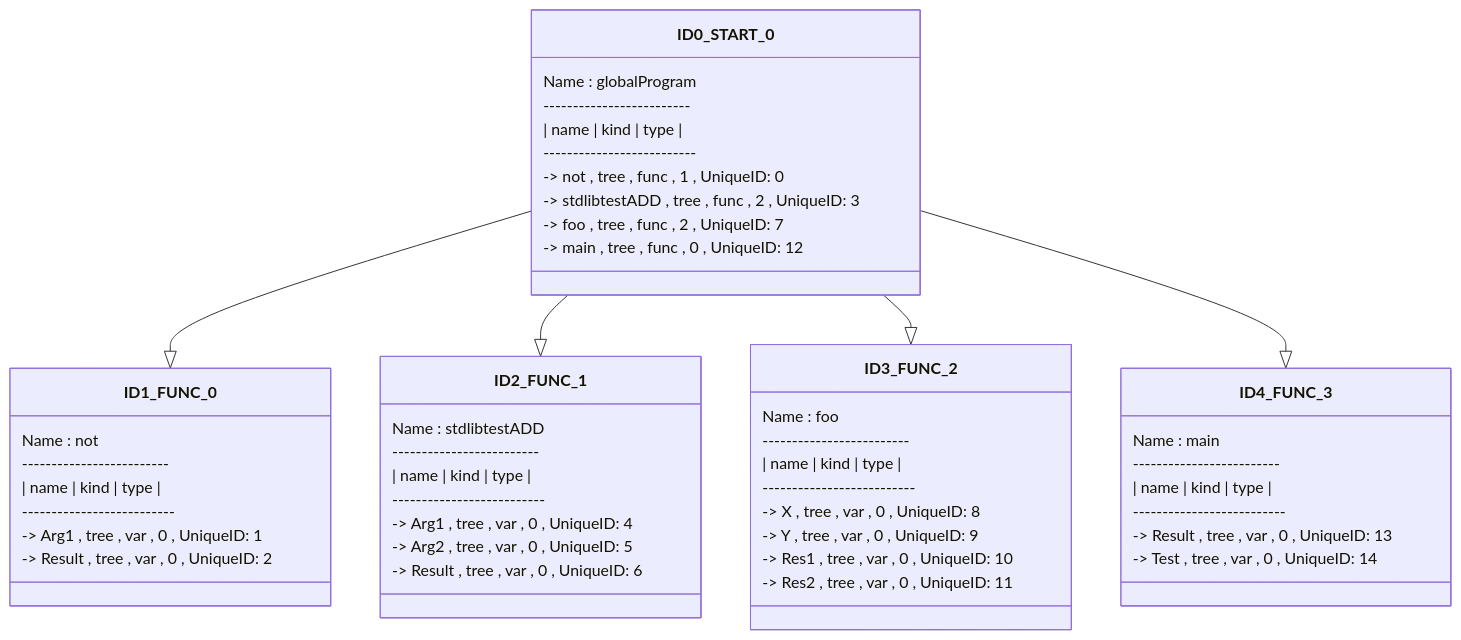
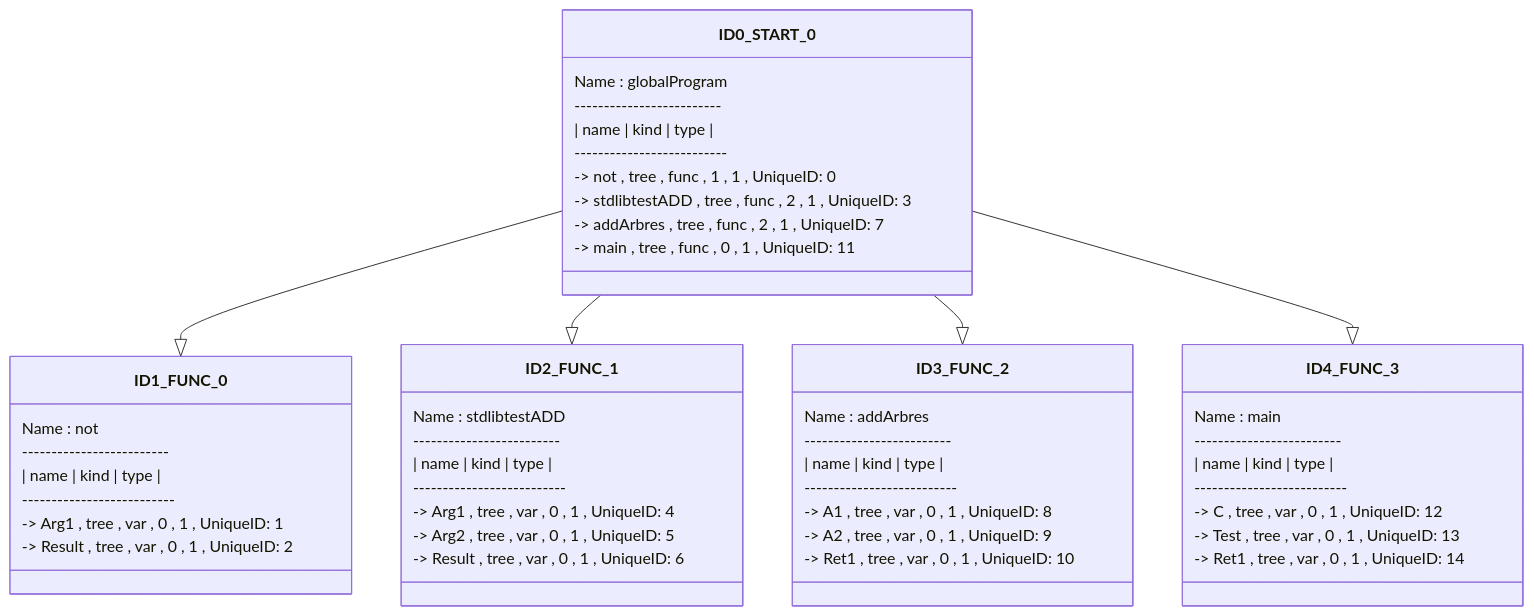
The diagram in src/main/java/TLC/CompilerWhile/GeneratedDiagrams/SymbolTable.md (lumi-git/TLC_Project_While), drawn with Mermaid before and after one commit. The commit also changed 41 other files, not shown here.

````diff
--- a/src/main/java/TLC/CompilerWhile/GeneratedDiagrams/SymbolTable.md
+++ b/src/main/java/TLC/CompilerWhile/GeneratedDiagrams/SymbolTable.md
@@ -1,76 +1,76 @@
 ```mermaid
 classDiagram 
 class ID0_START_0{
    Name : globalProgram
    -------------------------
    | name | kind | type |
    --------------------------
-   ->   not , tree , func , 1 , UniqueID: 0
+   ->   not , tree , func , 1 , 1 , UniqueID: 0
 
-   ->   stdlibtestADD , tree , func , 2 , UniqueID: 3
+   ->   stdlibtestADD , tree , func , 2 , 1 , UniqueID: 3
 
-   ->   foo , tree , func , 2 , UniqueID: 7
+   ->   addArbres , tree , func , 2 , 1 , UniqueID: 7
 
-   ->   main , tree , func , 0 , UniqueID: 12
+   ->   main , tree , func , 0 , 1 , UniqueID: 11
 
 }
 
 class ID1_FUNC_0{
    Name : not
    -------------------------
    | name | kind | type |
    --------------------------
-   ->   Arg1 , tree , var , 0 , UniqueID: 1
+   ->   Arg1 , tree , var , 0 , 1 , UniqueID: 1
 
-   ->   Result , tree , var , 0 , UniqueID: 2
+   ->   Result , tree , var , 0 , 1 , UniqueID: 2
 
 }
 
 class ID2_FUNC_1{
    Name : stdlibtestADD
    -------------------------
    | name | kind | type |
    --------------------------
-   ->   Arg1 , tree , var , 0 , UniqueID: 4
+   ->   Arg1 , tree , var , 0 , 1 , UniqueID: 4
 
-   ->   Arg2 , tree , var , 0 , UniqueID: 5
+   ->   Arg2 , tree , var , 0 , 1 , UniqueID: 5
 
-   ->   Result , tree , var , 0 , UniqueID: 6
+   ->   Result , tree , var , 0 , 1 , UniqueID: 6
 
 }
 
 class ID3_FUNC_2{
-   Name : foo
+   Name : addArbres
    -------------------------
    | name | kind | type |
    --------------------------
-   ->   X , tree , var , 0 , UniqueID: 8
+   ->   A1 , tree , var , 0 , 1 , UniqueID: 8
 
-   ->   Y , tree , var , 0 , UniqueID: 9
+   ->   A2 , tree , var , 0 , 1 , UniqueID: 9
 
-   ->   Res1 , tree , var , 0 , UniqueID: 10
-
-   ->   Res2 , tree , var , 0 , UniqueID: 11
+   ->   Ret1 , tree , var , 0 , 1 , UniqueID: 10
 
 }
 
 class ID4_FUNC_3{
    Name : main
    -------------------------
    | name | kind | type |
    --------------------------
-   ->   Result , tree , var , 0 , UniqueID: 13
+   ->   C , tree , var , 0 , 1 , UniqueID: 12
 
-   ->   Test , tree , var , 0 , UniqueID: 14
+   ->   Test , tree , var , 0 , 1 , UniqueID: 13
+
+   ->   Ret1 , tree , var , 0 , 1 , UniqueID: 14
 
 }
 
 ID0_START_0 --|> ID1_FUNC_0
 
 ID0_START_0 --|> ID2_FUNC_1
 
 ID0_START_0 --|> ID3_FUNC_2
 
 ID0_START_0 --|> ID4_FUNC_3
 
 ```
````
